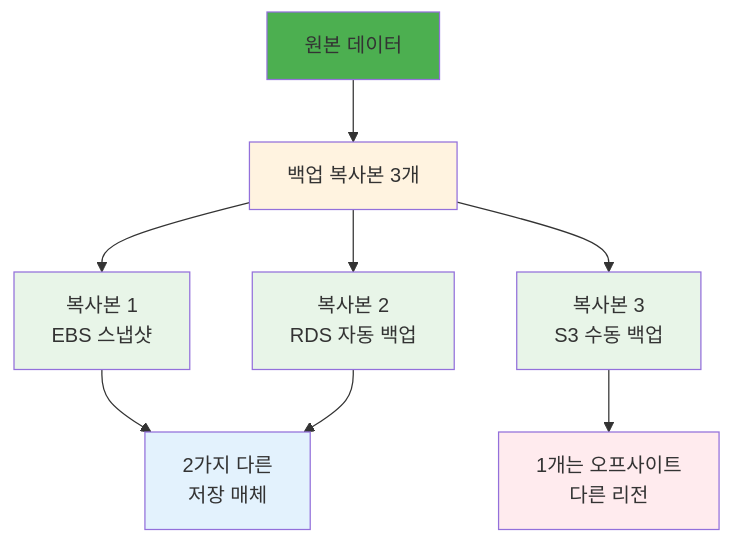
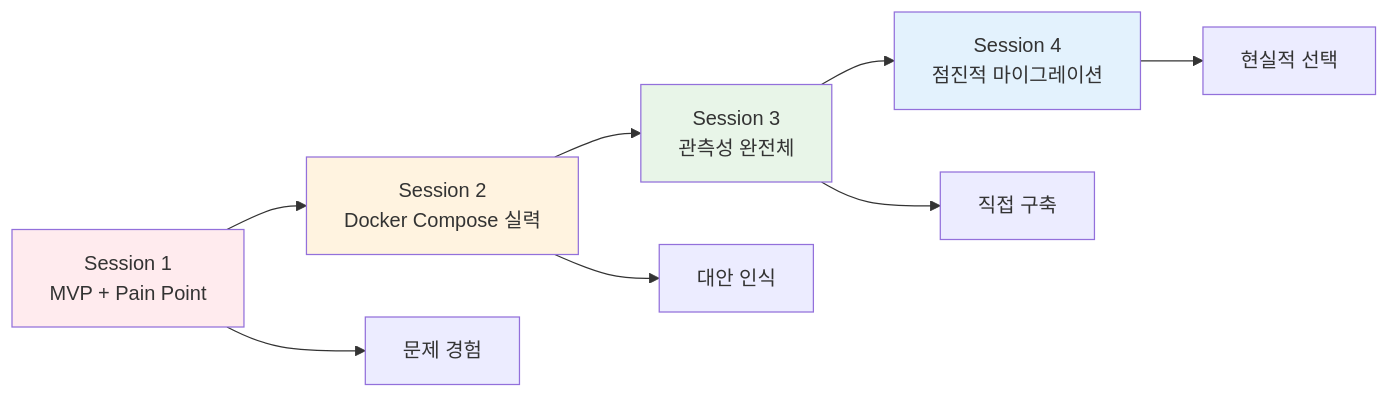
One commit to niceguy61/kdt_devops_lecture_2025 changed the seventh of 7 diagrams in theory/week_05/day5/session_4.md. Above: the diagram before and after it, drawn with Mermaid. The commit also changed other lines of this file, not shown here.

````diff
--- a/theory/week_05/day5/session_4.md
+++ b/theory/week_05/day5/session_4.md
@@ -1172,20 +788,16 @@
 ```mermaid
-graph TB
-    A[원본 데이터] --> B[백업 복사본 3개]
-    B --> C1[복사본 1<br/>EBS 스냅샷]
-    B --> C2[복사본 2<br/>RDS 자동 백업]
-    B --> C3[복사본 3<br/>S3 수동 백업]
+graph LR
+    A[Session 1<br/>MVP + Pain Point] --> B[Session 2<br/>Docker Compose 실력]
+    B --> C[Session 3<br/>관측성 완전체]
+    C --> D[Session 4<br/>점진적 마이그레이션]
     
-    C1 --> D[2가지 다른<br/>저장 매체]
-    C2 --> D
+    A --> A1[문제 경험]
+    B --> B1[대안 인식]
+    C --> C1[직접 구축]
+    D --> D1[현실적 선택]
     
-    C3 --> E[1개는 오프사이트<br/>다른 리전]
-    
-    style A fill:#4caf50
+    style A fill:#ffebee
     style B fill:#fff3e0
-    style C1 fill:#e8f5e8
-    style C2 fill:#e8f5e8
-    style C3 fill:#e8f5e8
+    style C fill:#e8f5e8
     style D fill:#e3f2fd
-    style E fill:#ffebee
 ```
````
